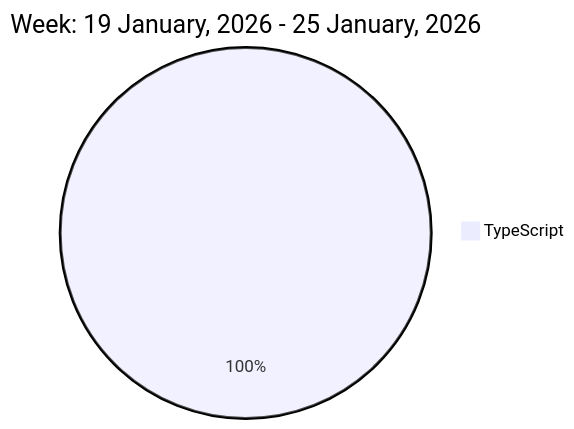
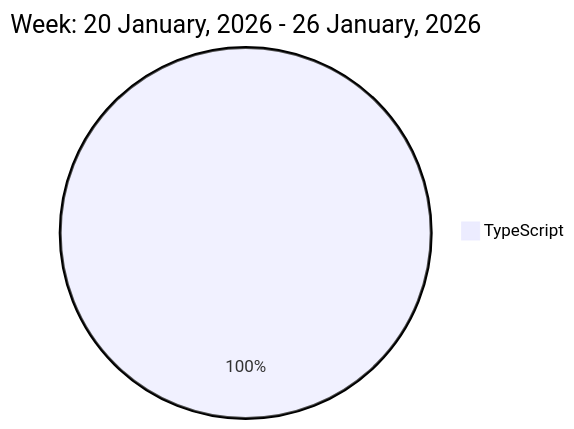
The diagram in README.md (liubin95/liubin95), drawn with Mermaid before and after one commit.

Commit message:
Updated the Graph with new Metrics

````diff
--- a/README.md
+++ b/README.md
@@ -37,5 +37,5 @@
 ```mermaid
  pie
-title Week: 19 January, 2026 - 25 January, 2026
- "TypeScript" : 11.25
+title Week: 20 January, 2026 - 26 January, 2026
+ "TypeScript" : 11.88
 ```
````
